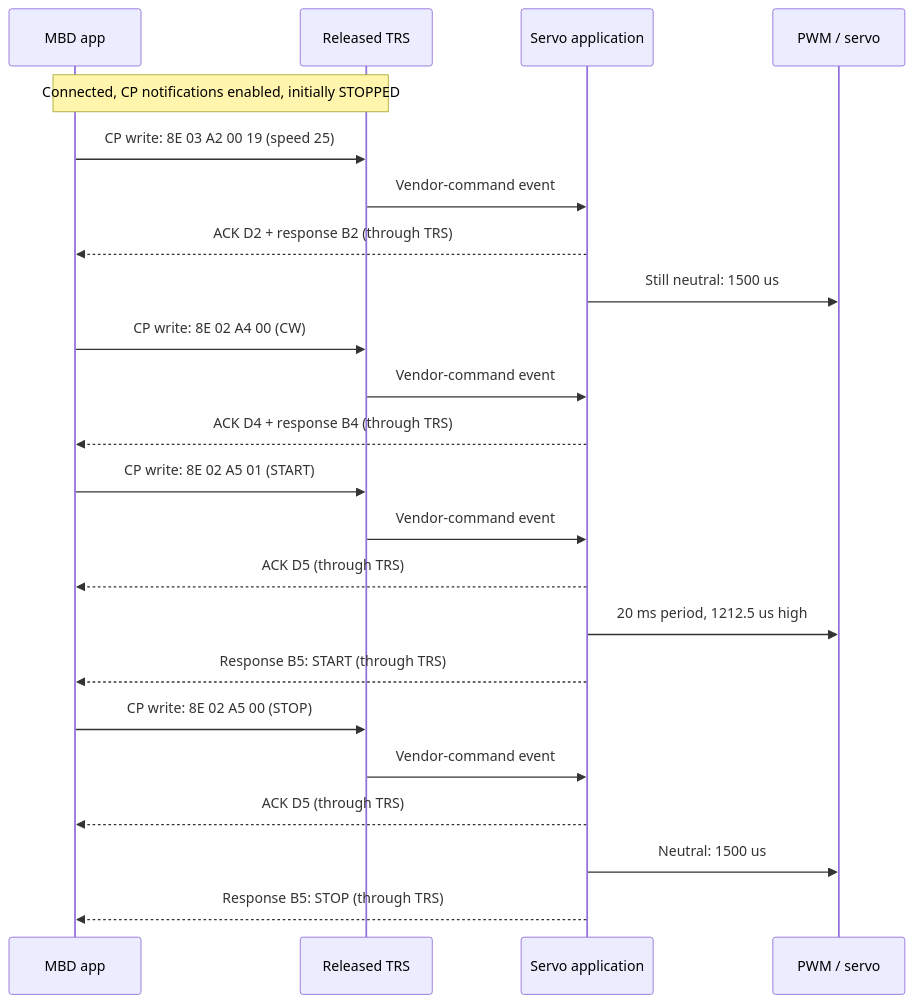
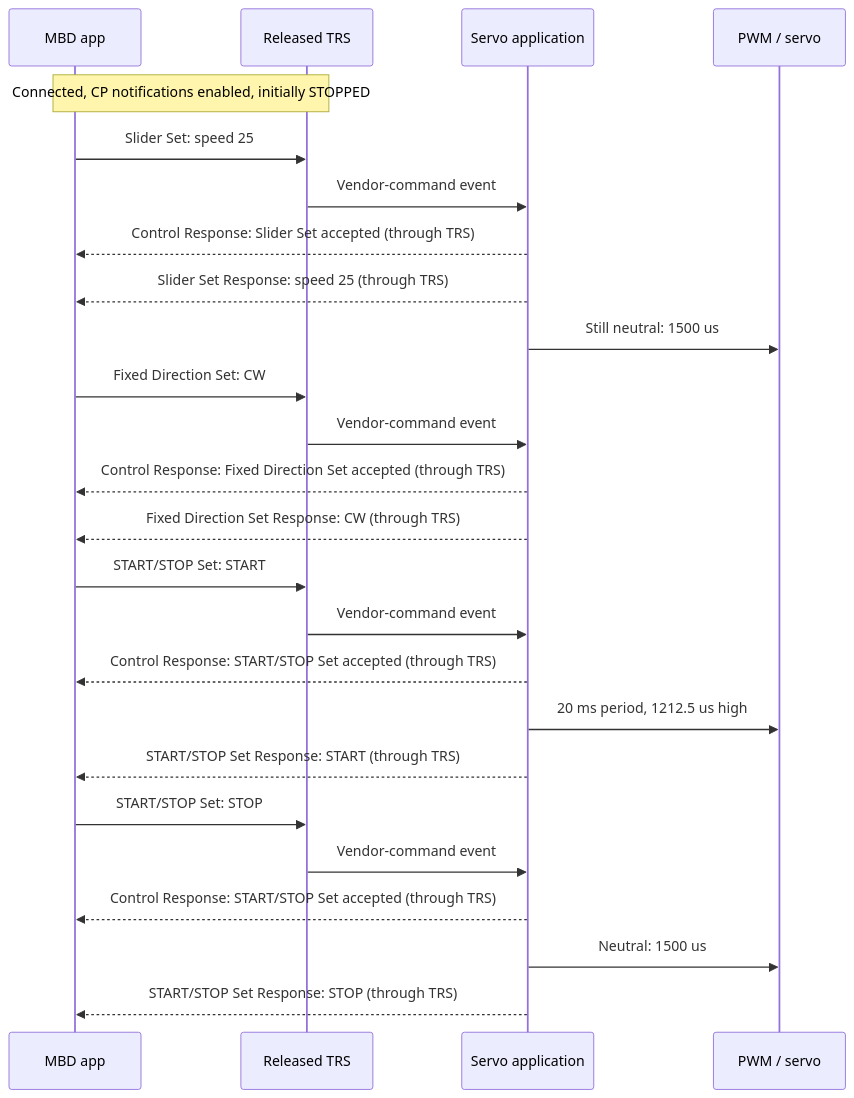
One commit to MicrochipTech/Bluetooth_LE_360_Servo_Motor_Control changed the third of 4 diagrams in README.md. Above: the diagram before and after it, drawn with Mermaid.

Commit message:
Use MBD command names in BLE sequence

````diff
--- a/README.md
+++ b/README.md
@@ -317,25 +317,27 @@
 ```mermaid
 sequenceDiagram
     participant M as MBD app
     participant T as Released TRS
     participant A as Servo application
     participant P as PWM / servo
     Note over M,T: Connected, CP notifications enabled, initially STOPPED
-    M->>T: CP write: 8E 03 A2 00 19 (speed 25)
+    M->>T: Slider Set: speed 25
     T->>A: Vendor-command event
-    A-->>M: ACK D2 + response B2 (through TRS)
+    A-->>M: Control Response: Slider Set accepted (through TRS)
+    A-->>M: Slider Set Response: speed 25 (through TRS)
     A->>P: Still neutral: 1500 us
-    M->>T: CP write: 8E 02 A4 00 (CW)
+    M->>T: Fixed Direction Set: CW
     T->>A: Vendor-command event
-    A-->>M: ACK D4 + response B4 (through TRS)
-    M->>T: CP write: 8E 02 A5 01 (START)
+    A-->>M: Control Response: Fixed Direction Set accepted (through TRS)
+    A-->>M: Fixed Direction Set Response: CW (through TRS)
+    M->>T: START/STOP Set: START
     T->>A: Vendor-command event
-    A-->>M: ACK D5 (through TRS)
+    A-->>M: Control Response: START/STOP Set accepted (through TRS)
     A->>P: 20 ms period, 1212.5 us high
-    A-->>M: Response B5: START (through TRS)
-    M->>T: CP write: 8E 02 A5 00 (STOP)
+    A-->>M: START/STOP Set Response: START (through TRS)
+    M->>T: START/STOP Set: STOP
     T->>A: Vendor-command event
-    A-->>M: ACK D5 (through TRS)
+    A-->>M: Control Response: START/STOP Set accepted (through TRS)
     A->>P: Neutral: 1500 us
-    A-->>M: Response B5: STOP (through TRS)
+    A-->>M: START/STOP Set Response: STOP (through TRS)
 ```
````
